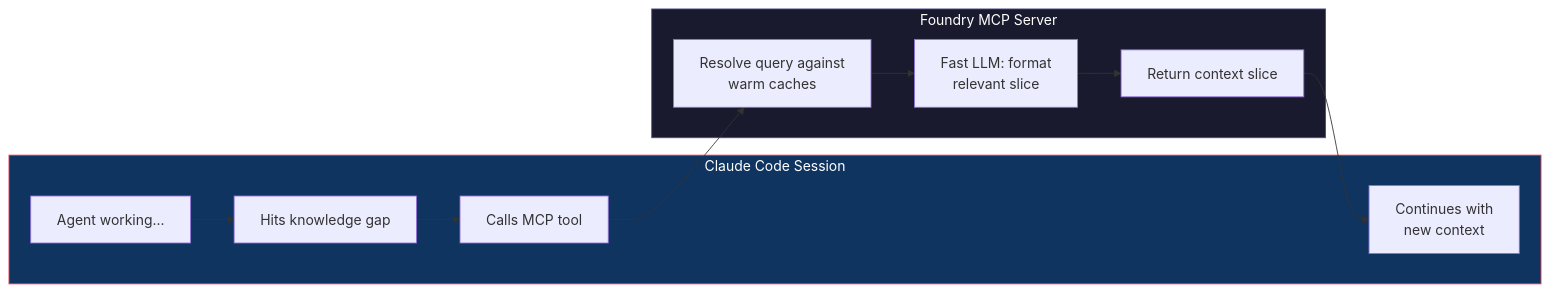
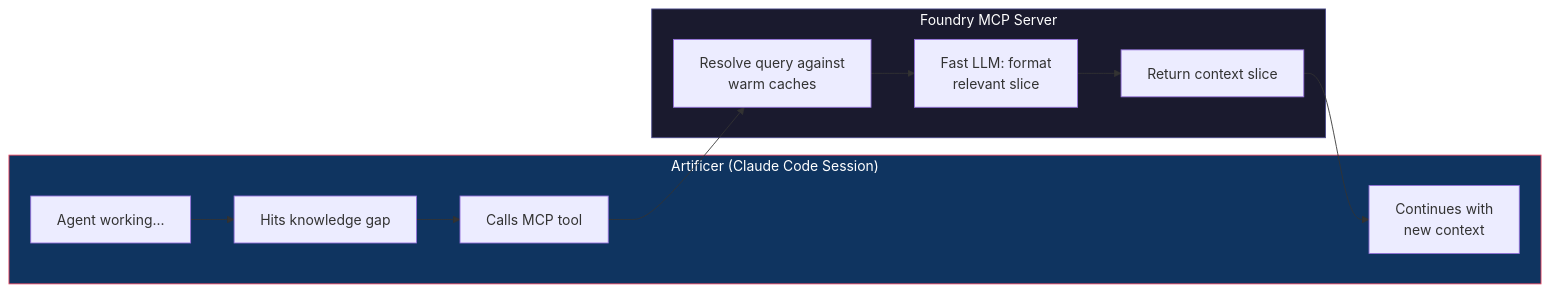
Before and after one commit to inixiative/foundry: the fourth of 7 diagrams in docs/FLOW.md, drawn with Mermaid. The commit also changed other lines of this file and 10 other files, not shown here.

````diff
--- a/docs/FLOW.md
+++ b/docs/FLOW.md
@@ -460,25 +460,25 @@
 ```mermaid
 flowchart LR
-    subgraph SESSION ["Claude Code Session"]
+    subgraph SESSION ["Artificer (Claude Code Session)"]
         AGENT["Agent working..."]
         GAP["Hits knowledge gap"]
         MCP_CALL["Calls MCP tool"]
         CONTINUE["Continues with\nnew context"]
     end
 
     subgraph FOUNDRY ["Foundry MCP Server"]
         RESOLVE["Resolve query against\nwarm caches"]
         FAST_LLM["Fast LLM: format\nrelevant slice"]
         RESPONSE["Return context slice"]
     end
 
     AGENT --> GAP
     GAP --> MCP_CALL
     MCP_CALL --> RESOLVE
     RESOLVE --> FAST_LLM
     FAST_LLM --> RESPONSE
     RESPONSE --> CONTINUE
 
     style SESSION fill:#0f3460,stroke:#e94560,color:#fff
     style FOUNDRY fill:#1a1a2e,stroke:#4a4a8a,color:#fff
 ```
````
